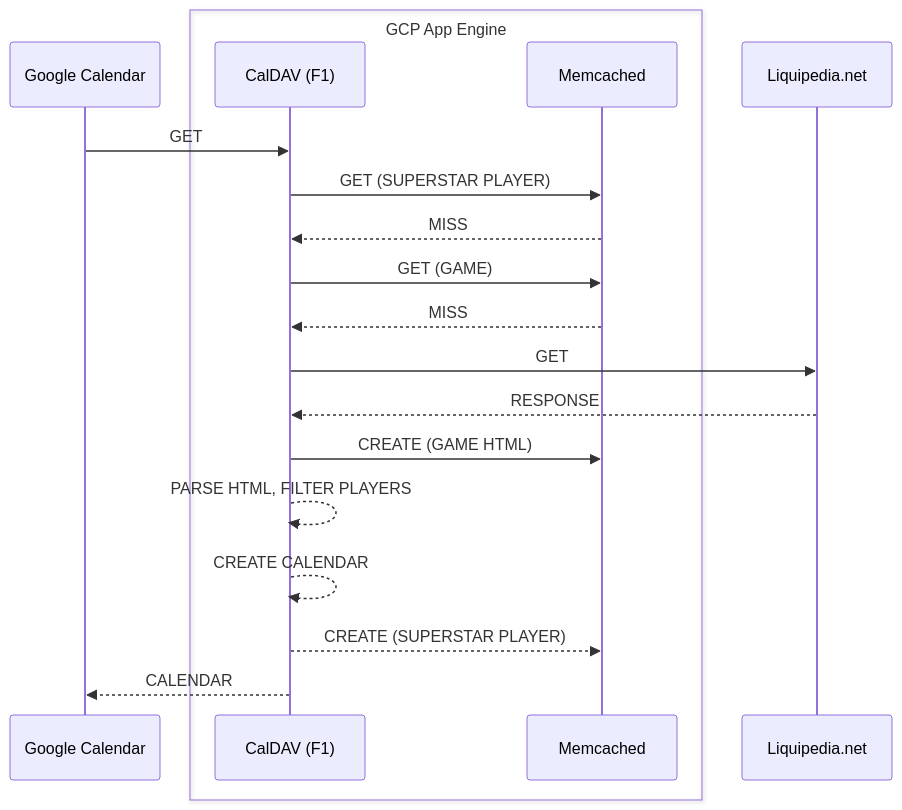
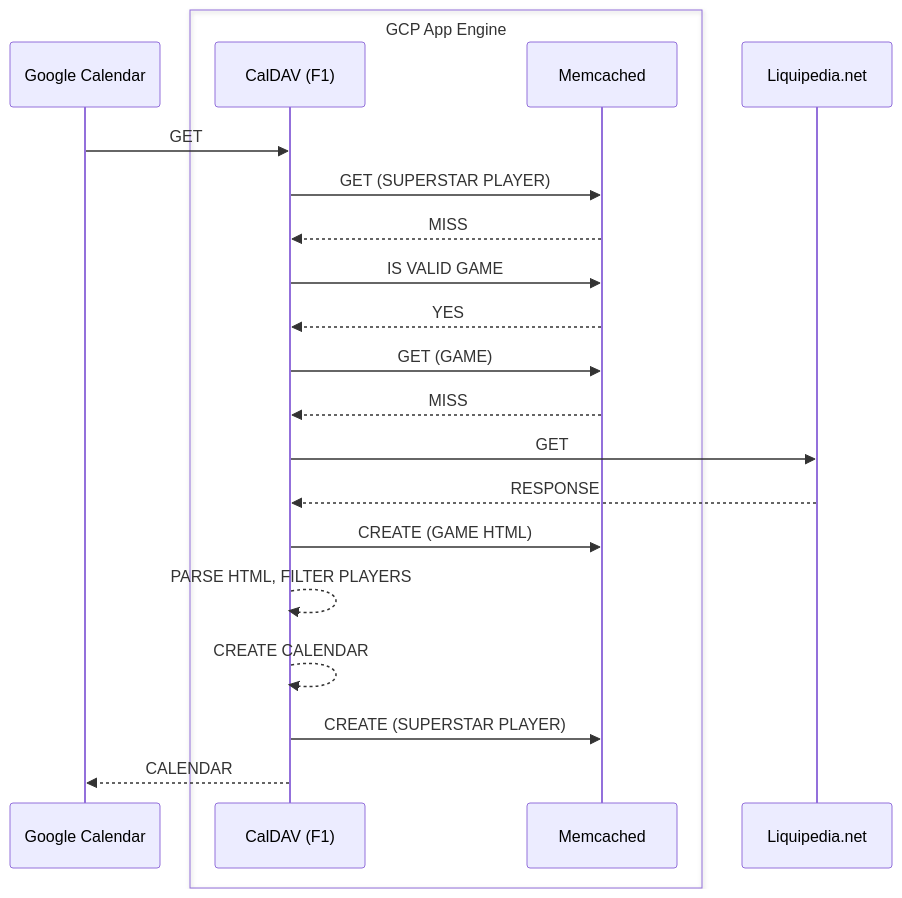
The first of 5 diagrams in DESIGN.md (Napolitain/liquipedia-calendar), drawn with Mermaid before and after one commit. The commit also changed other lines of this file, not shown here.

````diff
--- a/DESIGN.md
+++ b/DESIGN.md
@@ -13,21 +13,23 @@
 ```mermaid
 sequenceDiagram
     participant Google Calendar
     box GCP App Engine
     participant CalDAV (F1)
     participant Memcached
     end
     participant Liquipedia.net
     Google Calendar->>CalDAV (F1): GET
     CalDAV (F1)->>Memcached: GET (SUPERSTAR PLAYER)
     Memcached-->>CalDAV (F1): MISS
+    CalDAV (F1)->>Memcached: IS VALID GAME
+    Memcached-->>CalDAV (F1): YES
     CalDAV (F1)->>Memcached: GET (GAME)
     Memcached-->>CalDAV (F1): MISS
     CalDAV (F1)->>Liquipedia.net: GET
     Liquipedia.net-->>CalDAV (F1): RESPONSE
     CalDAV (F1)->>Memcached: CREATE (GAME HTML)
     CalDAV (F1)-->>CalDAV (F1): PARSE HTML, FILTER PLAYERS
     CalDAV (F1)-->>CalDAV (F1): CREATE CALENDAR
-    CalDAV (F1)-->>Memcached: CREATE (SUPERSTAR PLAYER)
+    CalDAV (F1)->>Memcached: CREATE (SUPERSTAR PLAYER)
     CalDAV (F1)-->>Google Calendar: CALENDAR
 ```
````
